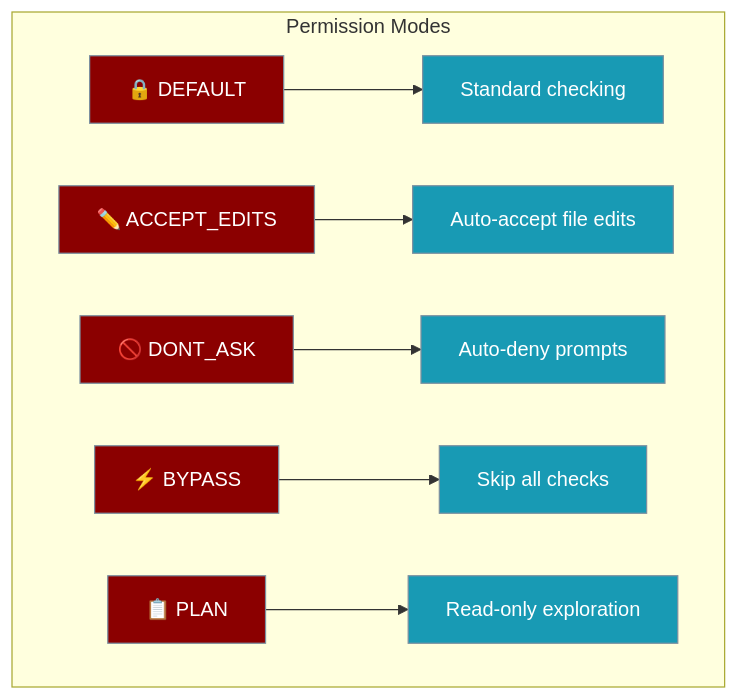
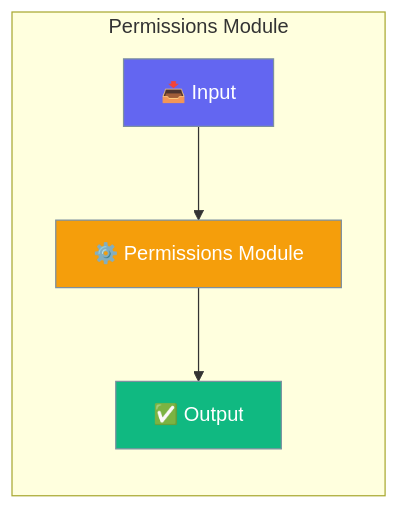
One commit to MervinPraison/PraisonAIDocs changed the diagram in docs/features/permissions.mdx. Above: the diagram before and after it, drawn with Mermaid. The commit also changed other lines of this file and 143 other files, not shown here.

First line of the commit message:
docs: AGENTS.md compliance sweep — mermaid, AccordionGroup, CardGroup, Steps (fixes #1000)

````diff
--- a/docs/features/permissions.mdx
+++ b/docs/features/permissions.mdx
@@ -66,16 +15,15 @@
 ```mermaid
-graph TB
-    subgraph "Permission Modes"
-        A[🔒 DEFAULT] --> B[Standard checking]
-        C[✏️ ACCEPT_EDITS] --> D[Auto-accept file edits]
-        E[🚫 DONT_ASK] --> F[Auto-deny prompts]
-        G[⚡ BYPASS] --> H[Skip all checks]
-        I[📋 PLAN] --> J[Read-only exploration]
+graph LR
+    subgraph "Permissions Module"
+        A[📥 Input] --> B[⚙️ Permissions Module]
+        B --> C[✅ Output]
     end
-    
-    classDef mode fill:#8B0000,stroke:#7C90A0,color:#fff
-    classDef action fill:#189AB4,stroke:#7C90A0,color:#fff
-    
-    class A,C,E,G,I mode
-    class B,D,F,H,J action
+
+    classDef input fill:#6366F1,stroke:#7C90A0,color:#fff
+    classDef process fill:#F59E0B,stroke:#7C90A0,color:#fff
+    classDef output fill:#10B981,stroke:#7C90A0,color:#fff
+
+    class A input
+    class B process
+    class C output
 ```
````
